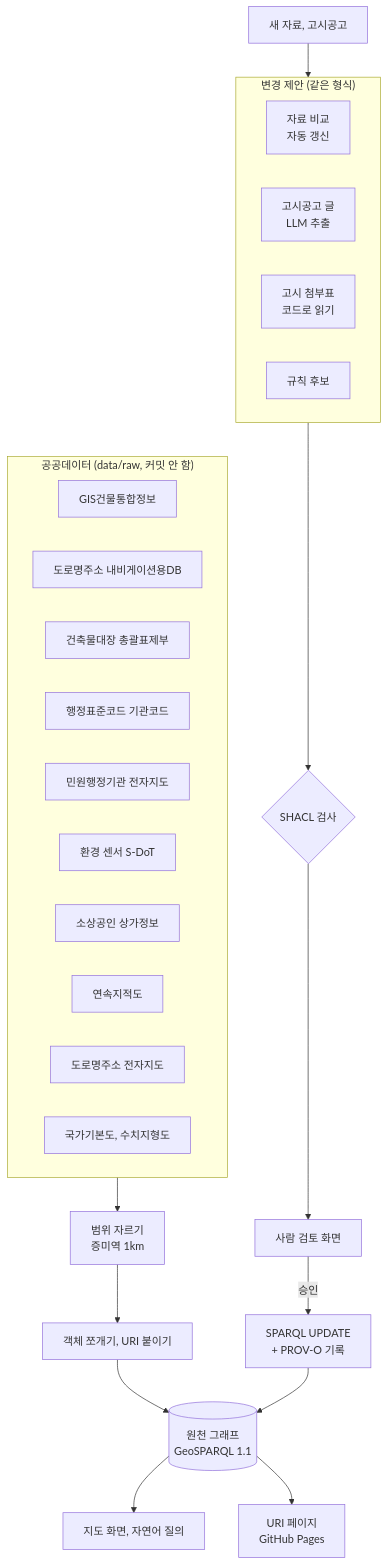
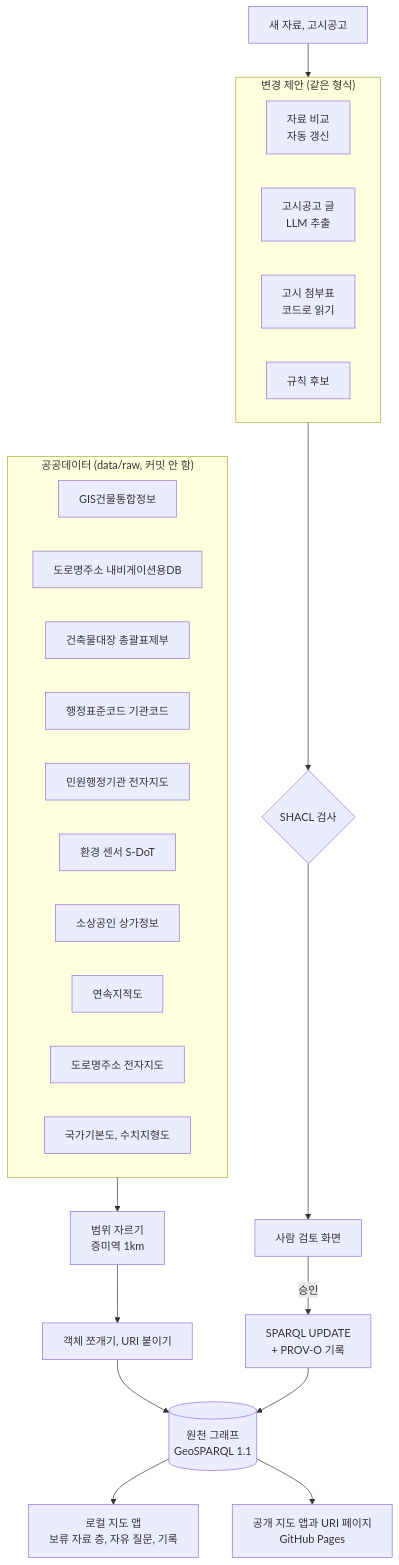
The diagram in README.md (yeodh10/jeungmi-geokg), drawn with Mermaid before and after one commit. The commit also changed other lines of this file and 20 other files, not shown here.

````diff
--- a/README.md
+++ b/README.md
@@ -98,31 +102,31 @@
 ```mermaid
 flowchart TB
   subgraph SRC["공공데이터 (data/raw, 커밋 안 함)"]
     A1[GIS건물통합정보]
     A2[도로명주소 내비게이션용DB]
     A3[건축물대장 총괄표제부]
     A4[행정표준코드 기관코드]
     A5[민원행정기관 전자지도]
     A6[환경 센서 S-DoT]
     A7[소상공인 상가정보]
     A8[연속지적도]
     A9[도로명주소 전자지도]
     A10[국가기본도, 수치지형도]
   end
   SRC --> B[범위 자르기<br>증미역 1km]
   B --> C[객체 쪼개기, URI 붙이기]
   C --> D[(원천 그래프<br>GeoSPARQL 1.1)]
   subgraph PROP["변경 제안 (같은 형식)"]
     P1[자료 비교<br>자동 갱신]
     P2[고시공고 글<br>LLM 추출]
     P3[고시 첨부표<br>코드로 읽기]
     P4[규칙 후보]
   end
   N[새 자료, 고시공고] --> PROP
   PROP --> S{SHACL 검사}
   S --> R[사람 검토 화면]
   R -- 승인 --> U[SPARQL UPDATE<br>+ PROV-O 기록]
   U --> D
-  D --> M[지도 화면, 자연어 질의]
-  D --> W[URI 페이지<br>GitHub Pages]
+  D --> M[로컬 지도 앱<br>보류 자료 층, 자유 질문, 기록]
+  D --> W[공개 지도 앱과 URI 페이지<br>GitHub Pages]
 ```
````
